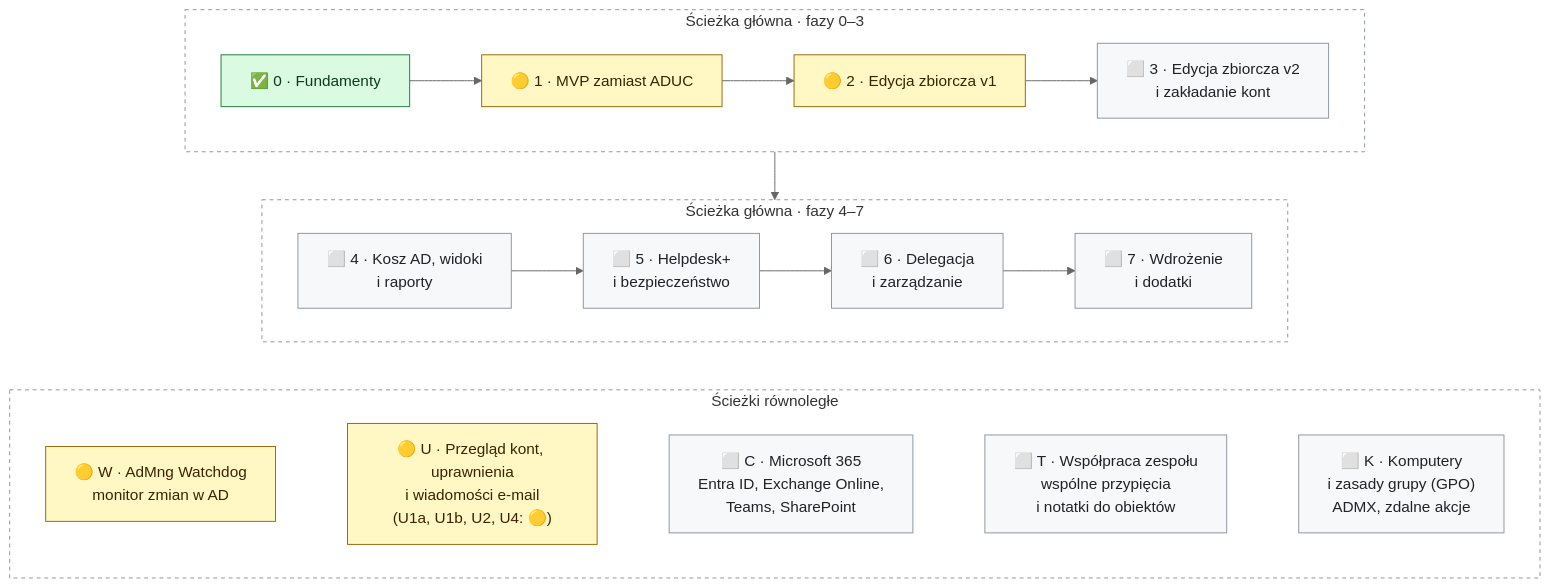
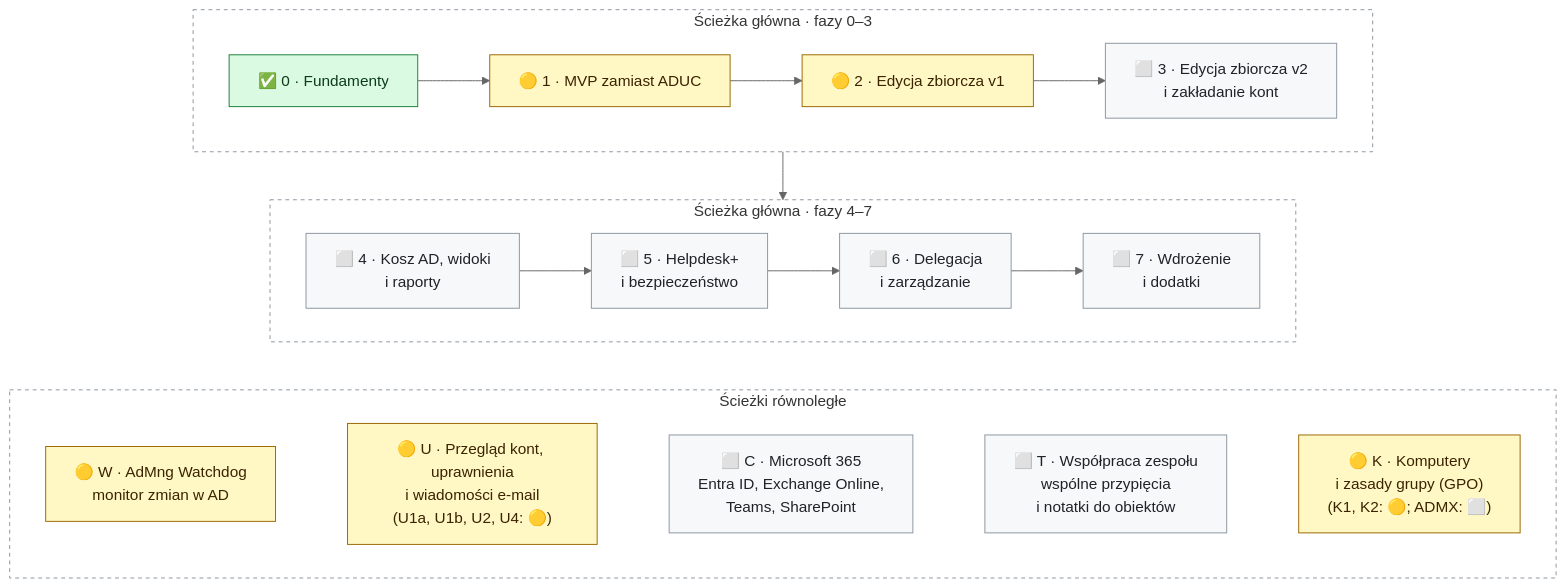
Before and after one commit to DarienRahl/AD_MNG: the diagram in README.md, drawn with Mermaid (neutral theme). The commit also changed other lines of this file and 3 other files, not shown here.

````diff
--- a/README.md
+++ b/README.md
@@ -177,26 +177,26 @@
 ```mermaid
 flowchart TB
     subgraph A["Ścieżka główna · fazy 0–3"]
         direction LR
         F0["✅ 0 · Fundamenty"] --> F1["🟡 1 · MVP zamiast ADUC"] --> F2["🟡 2 · Edycja zbiorcza v1"] --> F3["⬜ 3 · Edycja zbiorcza v2<br/>i zakładanie kont"]
     end
     subgraph B["Ścieżka główna · fazy 4–7"]
         direction LR
         F4["⬜ 4 · Kosz AD, widoki<br/>i raporty"] --> F5["⬜ 5 · Helpdesk+<br/>i bezpieczeństwo"] --> F6["⬜ 6 · Delegacja<br/>i zarządzanie"] --> F7["⬜ 7 · Wdrożenie<br/>i dodatki"]
     end
     subgraph C["Ścieżki równoległe"]
         direction LR
-        W["🟡 W · AdMng Watchdog<br/>monitor zmian w AD"] ~~~ U["🟡 U · Przegląd kont, uprawnienia<br/>i wiadomości e-mail<br/>(U1a, U1b, U2, U4: 🟡)"] ~~~ M365["⬜ C · Microsoft 365<br/>Entra ID, Exchange Online,<br/>Teams, SharePoint"] ~~~ TEAM["⬜ T · Współpraca zespołu<br/>wspólne przypięcia<br/>i notatki do obiektów"] ~~~ K["⬜ K · Komputery<br/>i zasady grupy (GPO)<br/>ADMX, zdalne akcje"]
+        W["🟡 W · AdMng Watchdog<br/>monitor zmian w AD"] ~~~ U["🟡 U · Przegląd kont, uprawnienia<br/>i wiadomości e-mail<br/>(U1a, U1b, U2, U4: 🟡)"] ~~~ M365["⬜ C · Microsoft 365<br/>Entra ID, Exchange Online,<br/>Teams, SharePoint"] ~~~ TEAM["⬜ T · Współpraca zespołu<br/>wspólne przypięcia<br/>i notatki do obiektów"] ~~~ K["🟡 K · Komputery<br/>i zasady grupy (GPO)<br/>(K1, K2: 🟡; ADMX: ⬜)"]
     end
     A --> B
     B ~~~ C
     classDef done fill:#dafbe1,stroke:#1a7f37,color:#0d3a1a
     classDef wip fill:#fff8c5,stroke:#9a6700,color:#3b2300
     classDef todo fill:#f6f8fa,stroke:#8c959f,color:#1f2328
     class F0 done
-    class F1,F2,W,U wip
-    class F3,F4,F5,F6,F7,M365,TEAM,K todo
+    class F1,F2,W,U,K wip
+    class F3,F4,F5,F6,F7,M365,TEAM todo
     style A fill:transparent,stroke:#8c959f,stroke-dasharray:4 4
     style B fill:transparent,stroke:#8c959f,stroke-dasharray:4 4
     style C fill:transparent,stroke:#8c959f,stroke-dasharray:4 4
 ```
````
